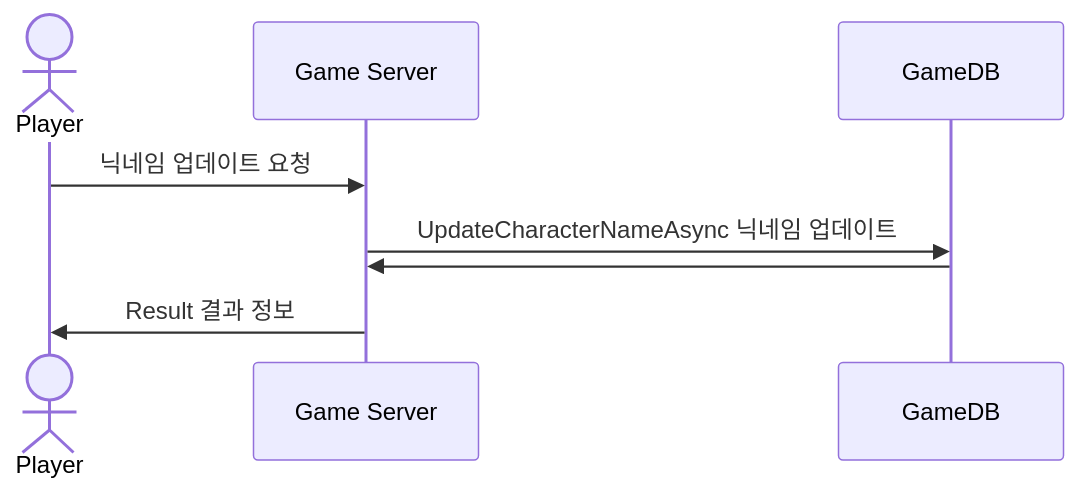
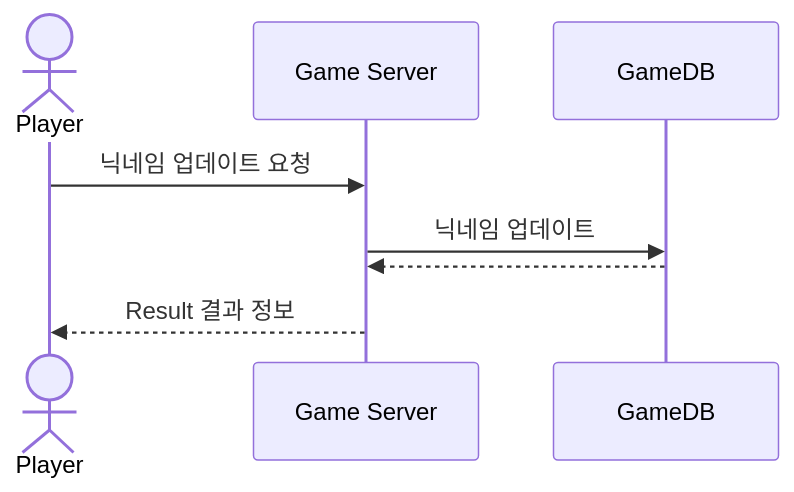
One commit to yujinS0/Omok-Game changed the second of 2 diagrams in SequenceDiagram/PlayerInfo.md. Above: the diagram before and after it, drawn with Mermaid. The commit also changed other lines of this file, not shown here.

````diff
--- a/SequenceDiagram/PlayerInfo.md
+++ b/SequenceDiagram/PlayerInfo.md
@@ -28,12 +31,12 @@
 ```mermaid
 sequenceDiagram
 	actor Player
 	participant Game Server
-  participant GameDB
+  	participant GameDB
 
 	Player ->> Game Server : 닉네임 업데이트 요청
-	Game Server ->> GameDB : UpdateCharacterNameAsync 닉네임 업데이트
-  GameDB ->> Game Server : 
-  Game Server ->> Player : Result 결과 정보
+	Game Server ->> GameDB : 닉네임 업데이트
+	GameDB -->> Game Server :  
+	Game Server -->> Player : Result 결과 정보
 
 ```
````
